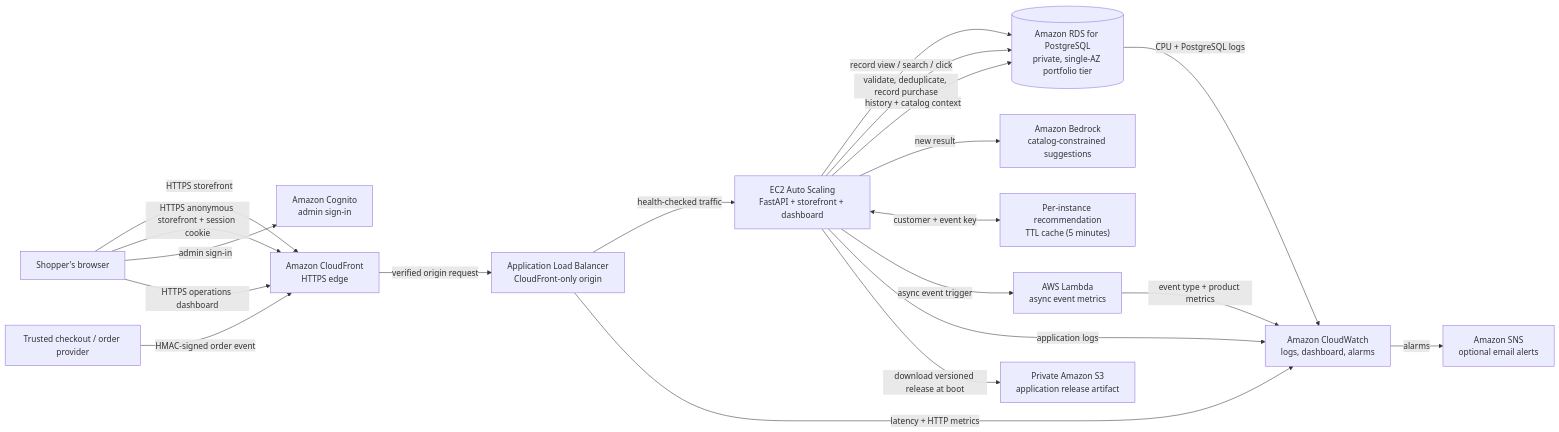
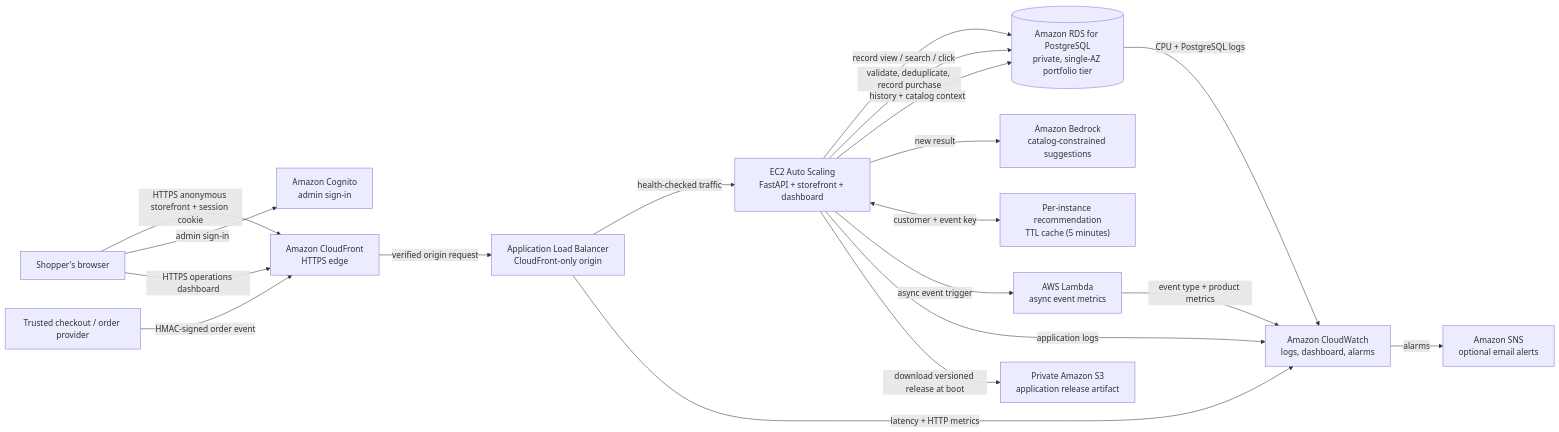
Before and after one commit to Ayush-Singh986/The-Comparision-King: the diagram in README.md, drawn with Mermaid. The commit also changed other lines of this file and 16 other files, not shown here.

````diff
--- a/README.md
+++ b/README.md
@@ -27,36 +27,35 @@
 ```mermaid
 flowchart LR
     Shopper["Shopper's browser"]
     Login["Amazon Cognito\nadmin sign-in"]
     Edge["Amazon CloudFront\nHTTPS edge"]
     ALB["Application Load Balancer\nCloudFront-only origin"]
     App["EC2 Auto Scaling\nFastAPI + storefront + dashboard"]
     Cache["Per-instance recommendation\nTTL cache (5 minutes)"]
     DB[("Amazon RDS for PostgreSQL\nprivate, single-AZ portfolio tier")]
     Bedrock["Amazon Bedrock\ncatalog-constrained suggestions"]
     Lambda["AWS Lambda\nasync event metrics"]
     CW["Amazon CloudWatch\nlogs, dashboard, alarms"]
     SNS["Amazon SNS\noptional email alerts"]
     S3["Private Amazon S3\napplication release artifact"]
     Orders["Trusted checkout / order provider"]
 
-    Shopper -->|"HTTPS storefront"| Edge
     Shopper -->|"HTTPS anonymous storefront + session cookie"| Edge
     Shopper -->|"admin sign-in"| Login
     Shopper -->|"HTTPS operations dashboard"| Edge
     Orders -->|"HMAC-signed order event"| Edge
     Edge -->|"verified origin request"| ALB
     ALB -->|"health-checked traffic"| App
     App -->|"record view / search / click"| DB
     App -->|"validate, deduplicate, record purchase"| DB
     App -->|"history + catalog context"| DB
     App -->|"new result"| Bedrock
     App <-->|"customer + event key"| Cache
     App -->|"async event trigger"| Lambda
     Lambda -->|"event type + product metrics"| CW
     App -->|"application logs"| CW
     ALB -->|"latency + HTTP metrics"| CW
     DB -->|"CPU + PostgreSQL logs"| CW
     CW -->|"alarms"| SNS
     App -->|"download versioned release at boot"| S3
 ```
````
